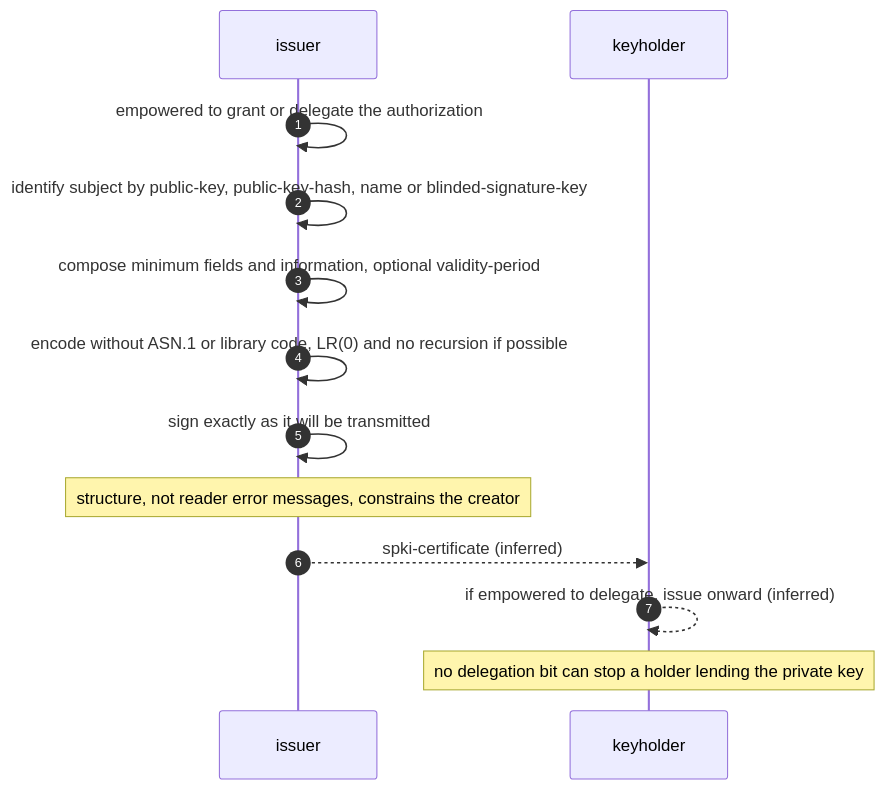
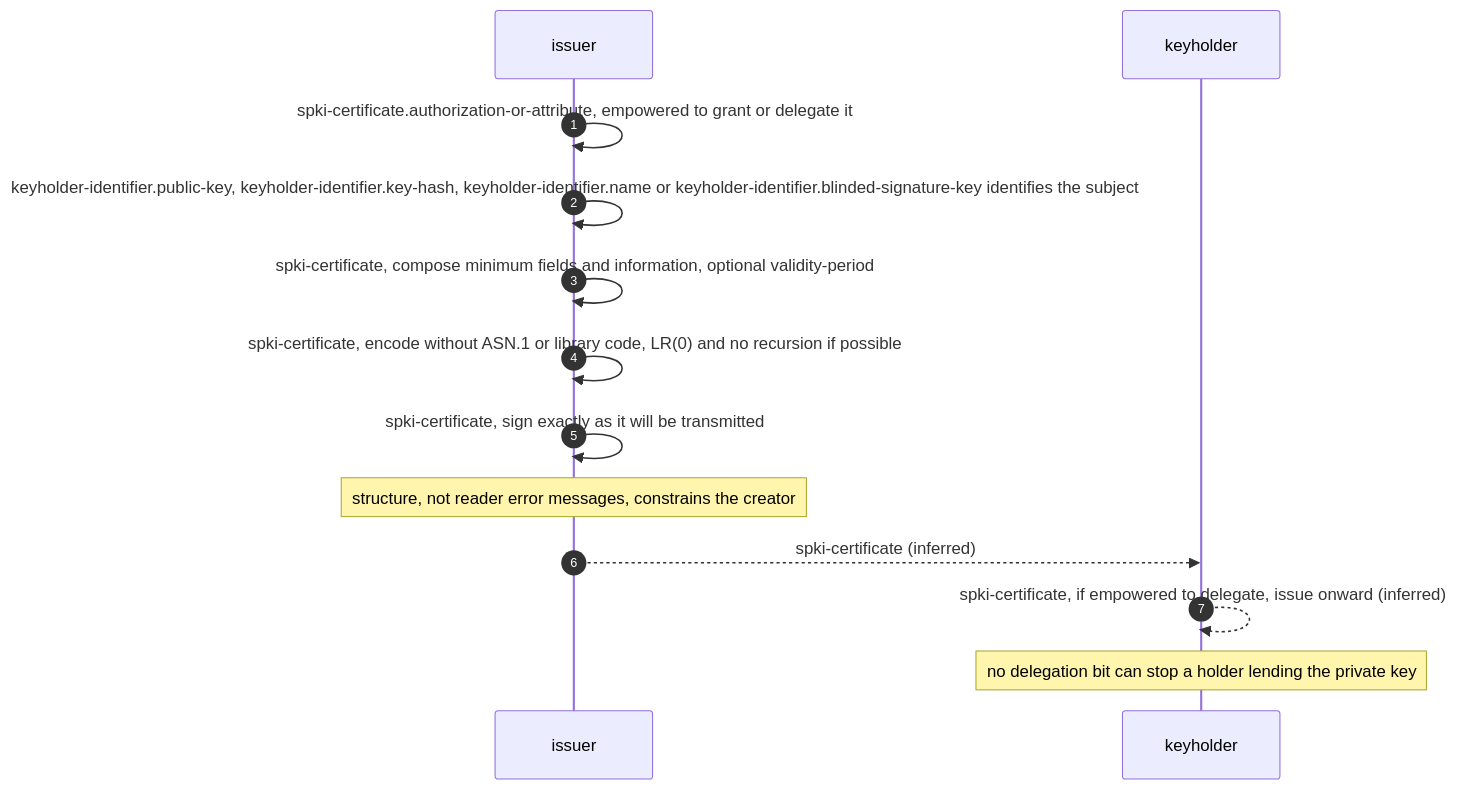
One commit to m-of-n/library changed the third of 26 diagrams in records/ietf/rfc-2692/distilled/protocol.md. Above: the diagram before and after it, drawn with Mermaid. The commit also changed other lines of this file and 9 other files, not shown here.

````diff
--- a/records/ietf/rfc-2692/distilled/protocol.md
+++ b/records/ietf/rfc-2692/distilled/protocol.md
@@ -183,15 +195,15 @@
 ```mermaid
 sequenceDiagram
   autonumber
   participant I as issuer
   participant K as keyholder
-  I->>I: empowered to grant or delegate the authorization
-  I->>I: identify subject by public-key, public-key-hash, name or blinded-signature-key
-  I->>I: compose minimum fields and information, optional validity-period
-  I->>I: encode without ASN.1 or library code, LR(0) and no recursion if possible
-  I->>I: sign exactly as it will be transmitted
+  I->>I: spki-certificate.authorization-or-attribute, empowered to grant or delegate it
+  I->>I: keyholder-identifier.public-key, keyholder-identifier.key-hash, keyholder-identifier.name or keyholder-identifier.blinded-signature-key identifies the subject
+  I->>I: spki-certificate, compose minimum fields and information, optional validity-period
+  I->>I: spki-certificate, encode without ASN.1 or library code, LR(0) and no recursion if possible
+  I->>I: spki-certificate, sign exactly as it will be transmitted
   Note over I: structure, not reader error messages, constrains the creator
   I-->>K: spki-certificate (inferred)
-  K-->>K: if empowered to delegate, issue onward (inferred)
+  K-->>K: spki-certificate, if empowered to delegate, issue onward (inferred)
   Note over K: no delegation bit can stop a holder lending the private key
 ```
````
